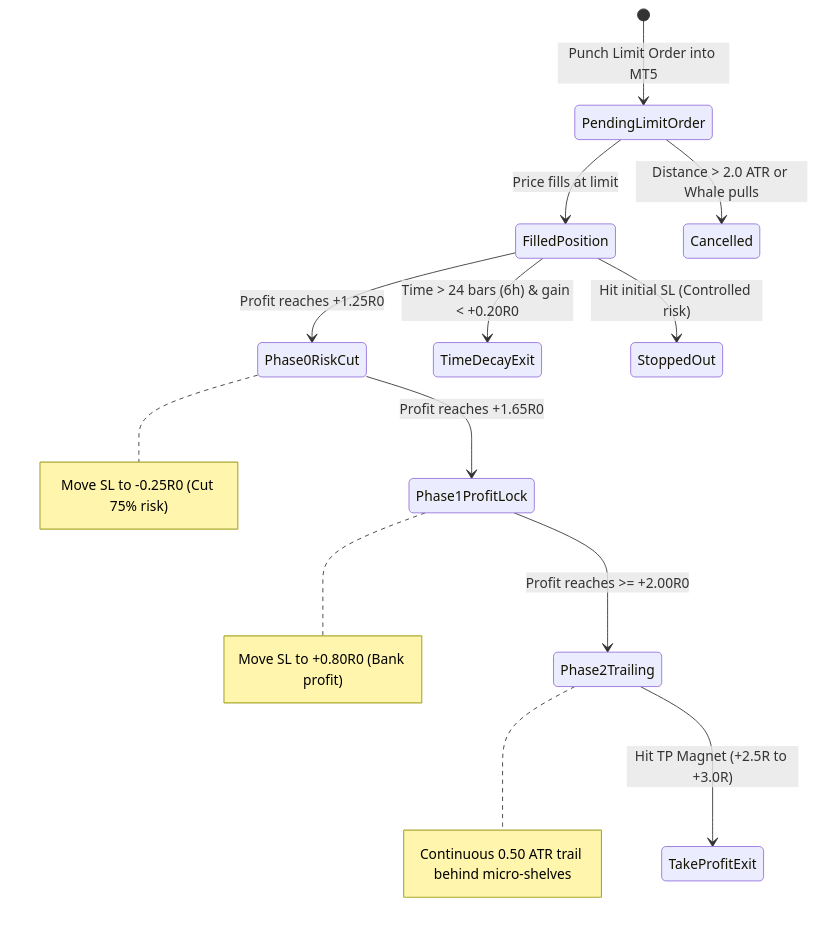
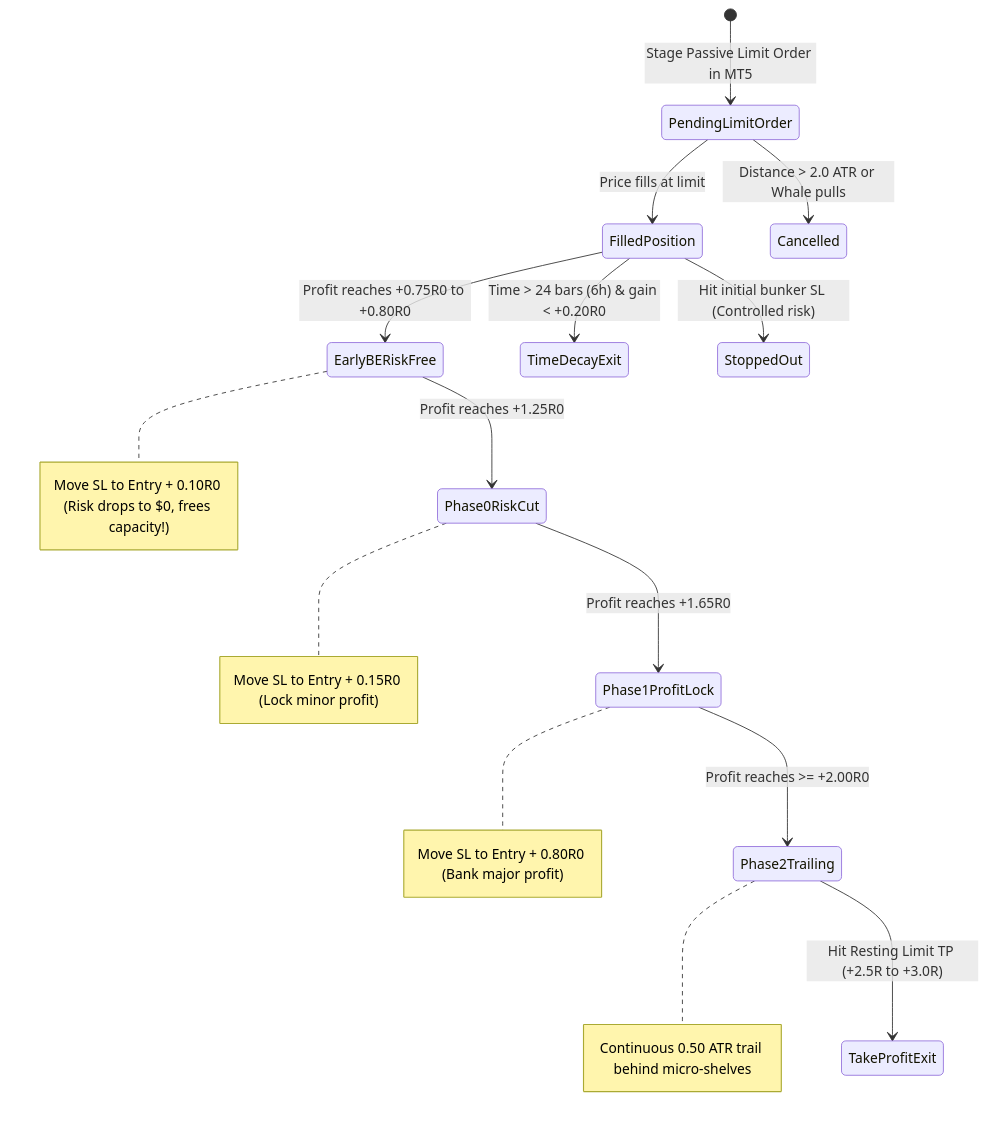
Before and after one commit to kbsingh1399/Trading_2: the third of 3 diagrams in docs/Mandatory_Rules/STANDARDIZED_TRADING_DECISION_CHAIN.md, drawn with Mermaid. The commit also changed other lines of this file and 6 other files, not shown here.

````diff
--- a/docs/Mandatory_Rules/STANDARDIZED_TRADING_DECISION_CHAIN.md
+++ b/docs/Mandatory_Rules/STANDARDIZED_TRADING_DECISION_CHAIN.md
@@ -328,19 +373,22 @@
 ```mermaid
 stateDiagram-v2
-    [*] --> PendingLimitOrder: Punch Limit Order into MT5
+    [*] --> PendingLimitOrder: Stage Passive Limit Order in MT5
     PendingLimitOrder --> FilledPosition: Price fills at limit
     PendingLimitOrder --> Cancelled: Distance > 2.0 ATR or Whale pulls
     
-    FilledPosition --> Phase0RiskCut: Profit reaches +1.25R0
-    note right of Phase0RiskCut: Move SL to -0.25R0 (Cut 75% risk)
+    FilledPosition --> EarlyBERiskFree: Profit reaches +0.75R0 to +0.80R0
+    note right of EarlyBERiskFree: Move SL to Entry + 0.10R0 (Risk drops to $0, frees capacity!)
+    
+    EarlyBERiskFree --> Phase0RiskCut: Profit reaches +1.25R0
+    note right of Phase0RiskCut: Move SL to Entry + 0.15R0 (Lock minor profit)
     
     Phase0RiskCut --> Phase1ProfitLock: Profit reaches +1.65R0
-    note right of Phase1ProfitLock: Move SL to +0.80R0 (Bank profit)
+    note right of Phase1ProfitLock: Move SL to Entry + 0.80R0 (Bank major profit)
     
     Phase1ProfitLock --> Phase2Trailing: Profit reaches >= +2.00R0
     note right of Phase2Trailing: Continuous 0.50 ATR trail behind micro-shelves
     
-    Phase2Trailing --> TakeProfitExit: Hit TP Magnet (+2.5R to +3.0R)
+    Phase2Trailing --> TakeProfitExit: Hit Resting Limit TP (+2.5R to +3.0R)
     FilledPosition --> TimeDecayExit: Time > 24 bars (6h) & gain < +0.20R0
-    FilledPosition --> StoppedOut: Hit initial SL (Controlled risk)
+    FilledPosition --> StoppedOut: Hit initial bunker SL (Controlled risk)
 ```
````
